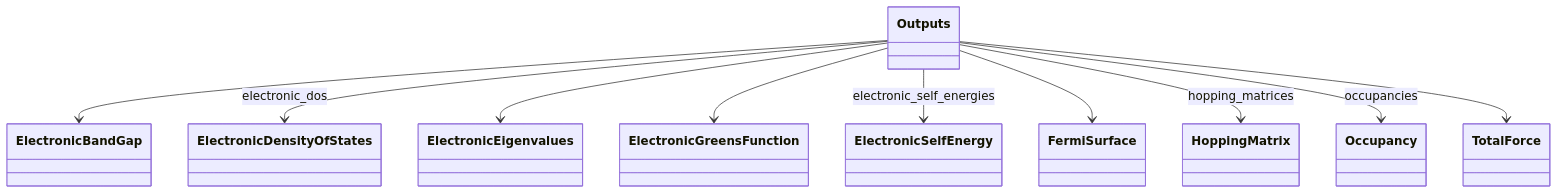
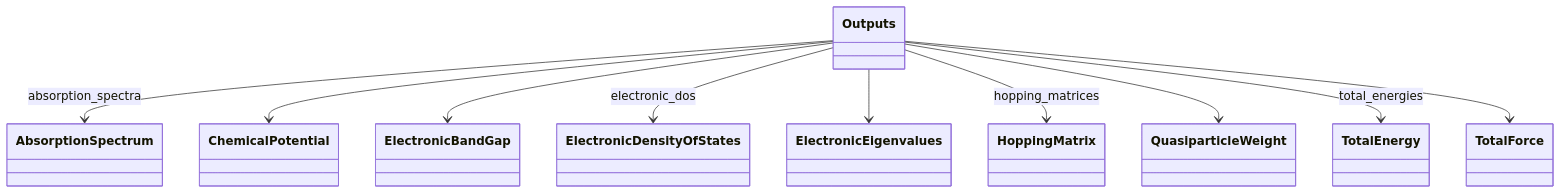
Before and after one commit to FAIRmat-NFDI/nomad-simulations: the second of 2 diagrams in docs/schema/outputs.diagram.md, drawn with Mermaid. The commit also changed 110 other files, not shown here.

Commit message:
implement panzoom with mermaid

````diff
--- a/docs/schema/outputs.diagram.md
+++ b/docs/schema/outputs.diagram.md
@@ -63,32 +63,32 @@
 ```mermaid
 classDiagram
+    class AbsorptionSpectrum {
+    }
+    class ChemicalPotential {
+    }
     class ElectronicBandGap {
     }
     class ElectronicDensityOfStates {
     }
     class ElectronicEigenvalues {
     }
-    class ElectronicGreensFunction {
-    }
-    class ElectronicSelfEnergy {
-    }
-    class FermiSurface {
-    }
     class HoppingMatrix {
-    }
-    class Occupancy {
     }
     class Outputs {
     }
+    class QuasiparticleWeight {
+    }
+    class TotalEnergy {
+    }
     class TotalForce {
     }
+    Outputs --> AbsorptionSpectrum : absorption_spectra
+    Outputs --> ChemicalPotential
     Outputs --> ElectronicBandGap
     Outputs --> ElectronicDensityOfStates : electronic_dos
     Outputs --> ElectronicEigenvalues
-    Outputs --> ElectronicGreensFunction
-    Outputs --> ElectronicSelfEnergy : electronic_self_energies
-    Outputs --> FermiSurface
     Outputs --> HoppingMatrix : hopping_matrices
-    Outputs --> Occupancy : occupancies
+    Outputs --> QuasiparticleWeight
+    Outputs --> TotalEnergy : total_energies
     Outputs --> TotalForce
 ```
````
